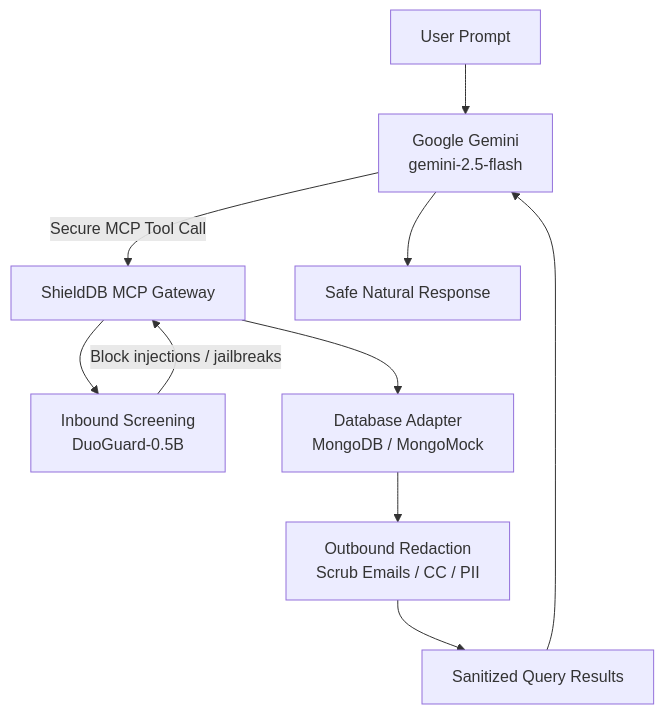
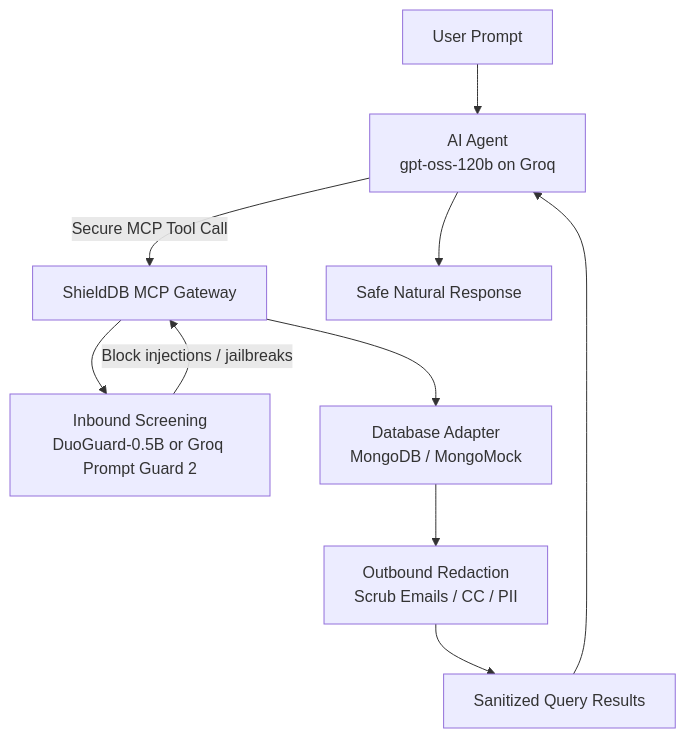
Before and after one commit to therealruthvik/shielddb: the diagram in README.md, drawn with Mermaid. The commit also changed other lines of this file and 13 other files, not shown here.

First line of the commit message:
Replace Gemini with Groq and add slim Render deploy

````diff
--- a/README.md
+++ b/README.md
@@ -45,12 +45,12 @@
 ```mermaid
 flowchart TD
-    A[User Prompt] --> B[Google Gemini\ngemini-2.5-flash]
+    A[User Prompt] --> B[AI Agent\ngpt-oss-120b on Groq]
     B -->|Secure MCP Tool Call| C[ShieldDB MCP Gateway]
-    C --> D[Inbound Screening\nDuoGuard-0.5B]
+    C --> D[Inbound Screening\nDuoGuard-0.5B or Groq Prompt Guard 2]
     C --> E[Database Adapter\nMongoDB / MongoMock]
     D -->|Block injections / jailbreaks| C
     E --> F[Outbound Redaction\nScrub Emails / CC / PII]
     F --> G[Sanitized Query Results]
     G --> B
     B --> H[Safe Natural Response]
 ```
````
